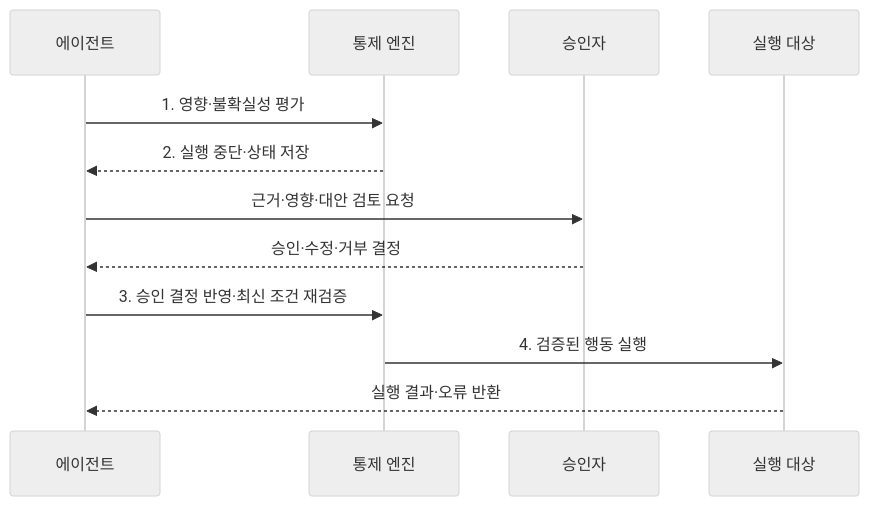
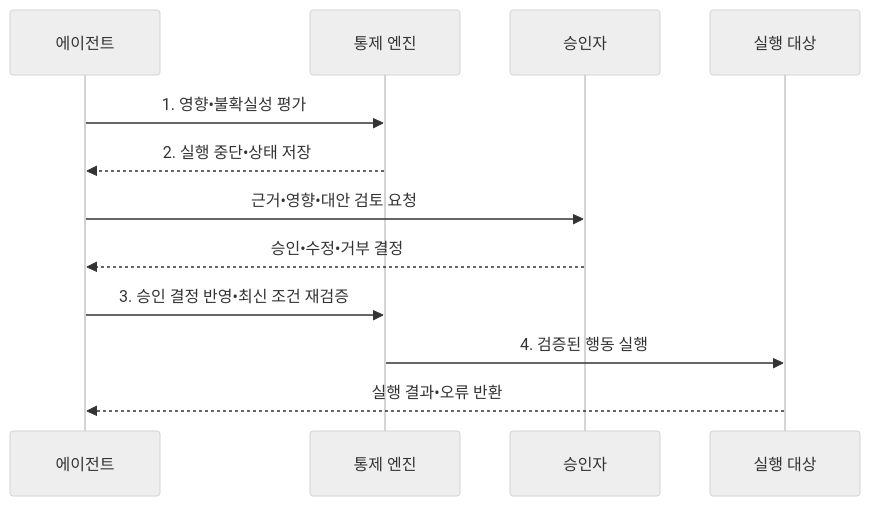
The second of 2 diagrams in src/content/docs/notes/08-latest-tech/019_human_in_the_loop_agent.md (agnusdei1207/knowledge-base), drawn with Mermaid (neutral theme) before and after one commit. The commit also changed other lines of this file and 953 other files, not shown here.

````diff
--- a/src/content/docs/notes/08-latest-tech/019_human_in_the_loop_agent.md
+++ b/src/content/docs/notes/08-latest-tech/019_human_in_the_loop_agent.md
@@ -101,14 +101,14 @@
 ```mermaid
 sequenceDiagram
     participant A as 에이전트
     participant R as 통제 엔진
     participant H as 승인자
     participant T as 실행 대상
-    A->>R: 1. 영향·불확실성 평가
-    R-->>A: 2. 실행 중단·상태 저장
-    A->>H: 근거·영향·대안 검토 요청
-    H-->>A: 승인·수정·거부 결정
-    A->>R: 3. 승인 결정 반영·최신 조건 재검증
+    A->>R: 1. 영향•불확실성 평가
+    R-->>A: 2. 실행 중단•상태 저장
+    A->>H: 근거•영향•대안 검토 요청
+    H-->>A: 승인•수정•거부 결정
+    A->>R: 3. 승인 결정 반영•최신 조건 재검증
     R->>T: 4. 검증된 행동 실행
-    T-->>A: 실행 결과·오류 반환
+    T-->>A: 실행 결과•오류 반환
 ```
````
